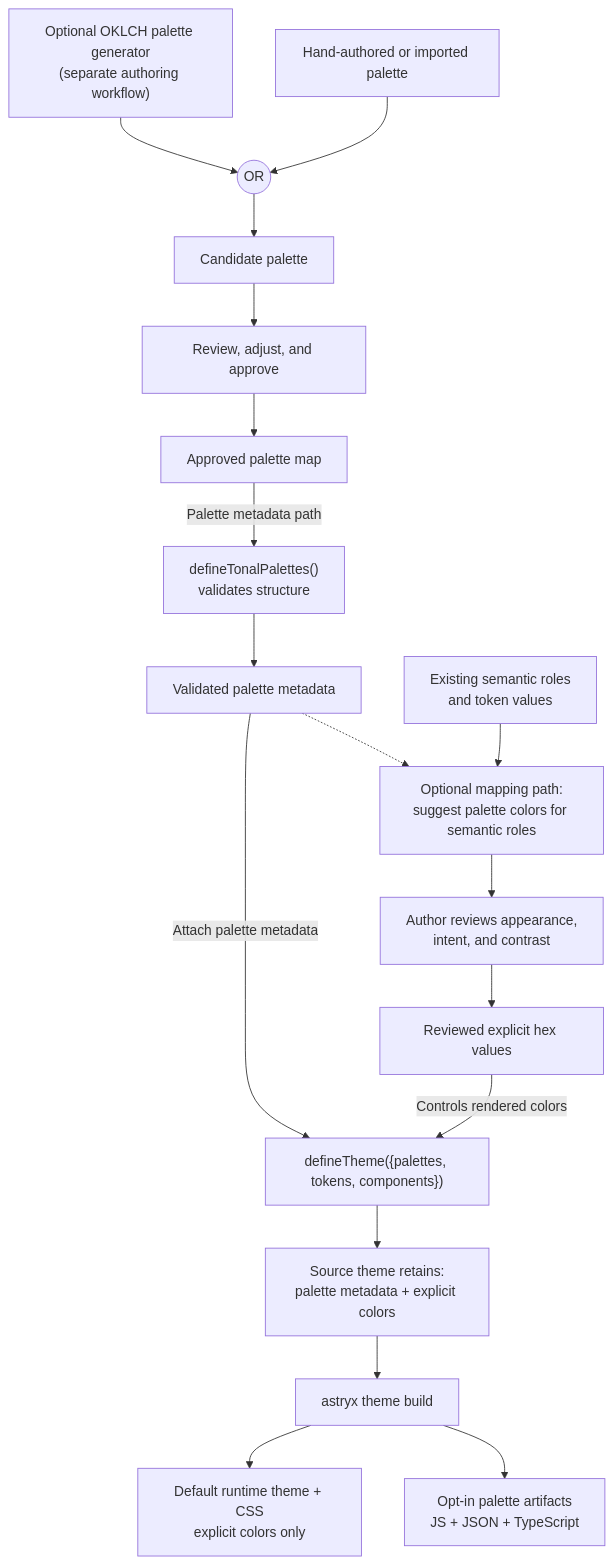
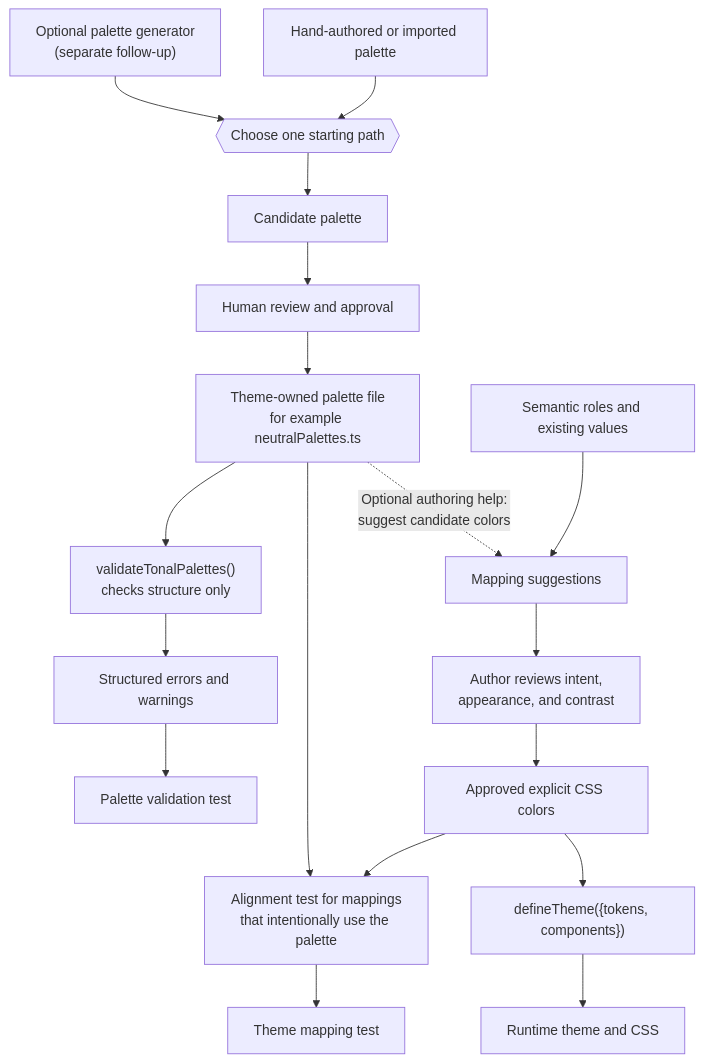
The diagram in docs/specs/AST-018/spec.md (facebook/astryx), drawn with Mermaid before and after one commit. The commit also changed other lines of this file and 30 other files, not shown here.

Commit message:
refactor(theme): keep palettes out of runtime contract

````diff
--- a/docs/specs/AST-018/spec.md
+++ b/docs/specs/AST-018/spec.md
@@ -59,31 +51,31 @@
 ```mermaid
 flowchart TD
-  Generator["Optional OKLCH palette generator<br/>(separate authoring workflow)"]
-  Imported["Hand-authored or imported palette"]
-  Or((OR))
+  Generator["Optional palette generator<br/>(separate follow-up)"]
+  Manual["Hand-authored or imported palette"]
+  Choice{{"Choose one starting path"}}
   Candidate["Candidate palette"]
-  PaletteReview["Review, adjust, and approve"]
-  PaletteMap["Approved palette map"]
+  Review["Human review and approval"]
+  Palette["Theme-owned palette file<br/>for example neutralPalettes.ts"]
 
-  Generator --> Or
-  Imported --> Or
-  Or --> Candidate
-  Candidate --> PaletteReview
-  PaletteReview --> PaletteMap
+  Generator --> Choice
+  Manual --> Choice
+  Choice --> Candidate
+  Candidate --> Review
+  Review --> Palette
 
-  PaletteMap -->|"Palette metadata path"| Validate["defineTonalPalettes()<br/>validates structure"]
-  Validate --> Validated["Validated palette metadata"]
+  Palette --> Validate["validateTonalPalettes()<br/>checks structure only"]
+  Validate --> Validation["Structured errors and warnings"]
+  Validation --> PaletteCI["Palette validation test"]
 
-  Validated -.-> Suggestions["Optional mapping path:<br/>suggest palette colors for semantic roles"]
-  Existing["Existing semantic roles<br/>and token values"] --> Suggestions
-  Suggestions --> ColorReview["Author reviews appearance,<br/>intent, and contrast"]
-  ColorReview --> Explicit["Reviewed explicit hex values"]
+  Palette -. "Optional authoring help:<br/>suggest candidate colors" .-> Suggestions["Mapping suggestions"]
+  Roles["Semantic roles and existing values"] --> Suggestions
+  Suggestions --> ColorReview["Author reviews intent,<br/>appearance, and contrast"]
+  ColorReview --> Hex["Approved explicit CSS colors"]
 
-  Validated -->|"Attach palette metadata"| Define["defineTheme({palettes, tokens, components})"]
-  Explicit -->|"Controls rendered colors"| Define
+  Hex --> Define["defineTheme({tokens, components})"]
+  Define --> Runtime["Runtime theme and CSS"]
 
-  Define --> Source["Source theme retains:<br/>palette metadata + explicit colors"]
-  Source --> Build["astryx theme build"]
-  Build --> Runtime["Default runtime theme + CSS<br/>explicit colors only"]
-  Build --> Artifacts["Opt-in palette artifacts<br/>JS + JSON + TypeScript"]
+  Palette --> Alignment["Alignment test for mappings<br/>that intentionally use the palette"]
+  Hex --> Alignment
+  Alignment --> ThemeCI["Theme mapping test"]
 ```
````
